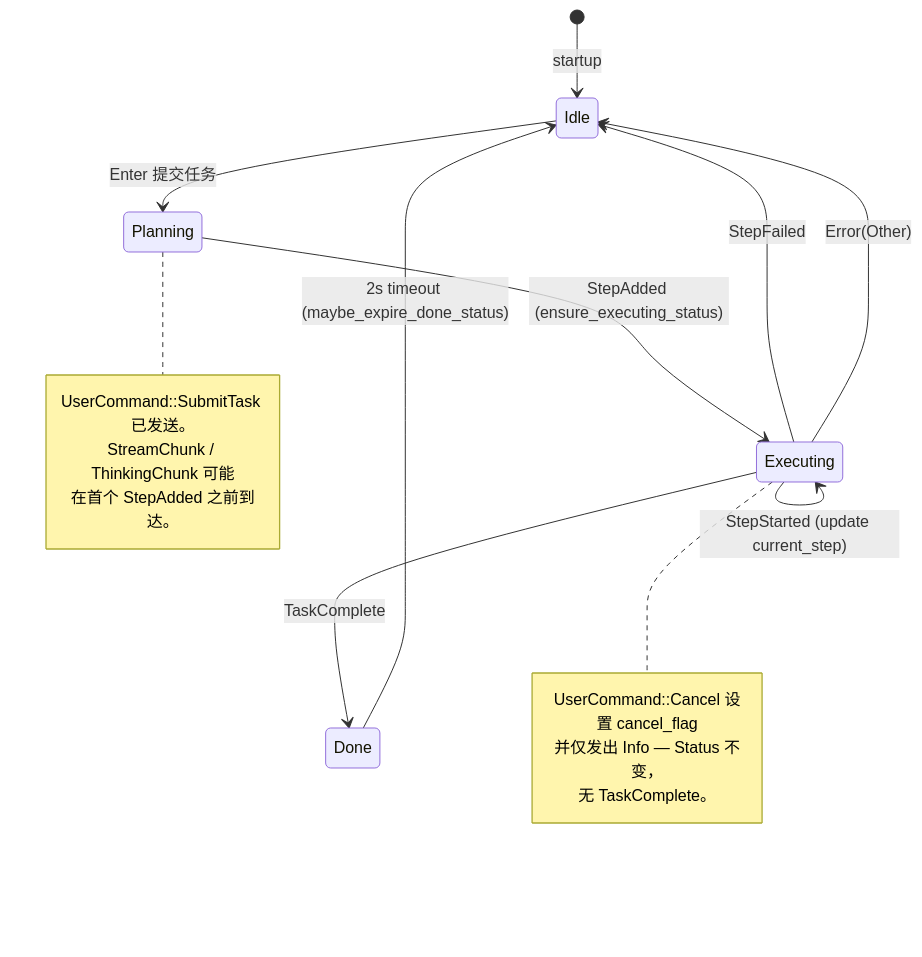
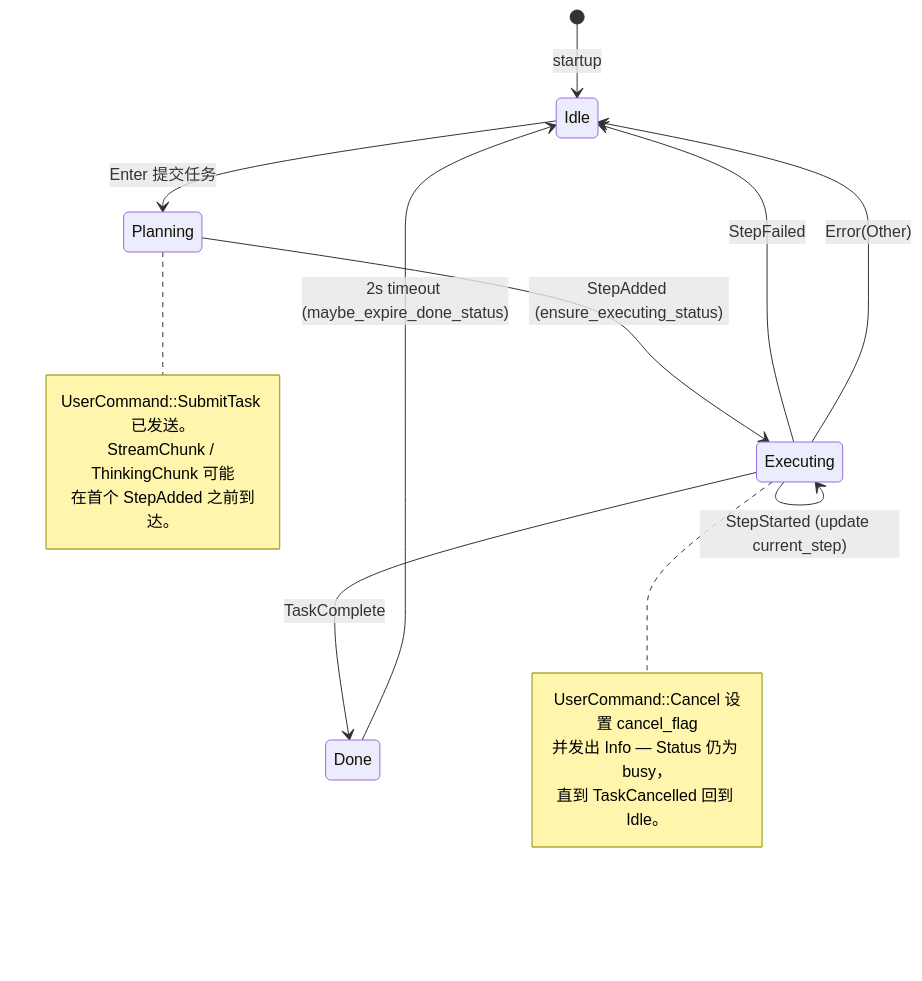
The fourth of 9 diagrams in book/25_chapter_protocol_zh.md (rust-infra/tact), drawn with Mermaid before and after one commit. The commit also changed other lines of this file and 7 other files, not shown here.

First line of the commit message:
fix(protocol): add AgentUpdate::TaskCancelled so TUI leaves busy state on cancel

````diff
--- a/book/25_chapter_protocol_zh.md
+++ b/book/25_chapter_protocol_zh.md
@@ -168,26 +170,26 @@
 ```mermaid
 stateDiagram-v2
     [*] --> Idle: startup
 
     Idle --> Planning: Enter 提交任务
     Planning --> Executing: StepAdded (ensure_executing_status)
     Executing --> Executing: StepStarted (update current_step)
 
     Executing --> Done: TaskComplete
     Executing --> Idle: StepFailed
     Executing --> Idle: Error(Other)
 
     Done --> Idle: 2s timeout (maybe_expire_done_status)
 
     note right of Planning
         UserCommand::SubmitTask 已发送。
         StreamChunk / ThinkingChunk 可能
         在首个 StepAdded 之前到达。
     end note
 
     note right of Executing
         UserCommand::Cancel 设置 cancel_flag
-        并仅发出 Info — Status 不变，
-        无 TaskComplete。
+        并发出 Info — Status 仍为 busy，
+        直到 TaskCancelled 回到 Idle。
     end note
 ```
````
